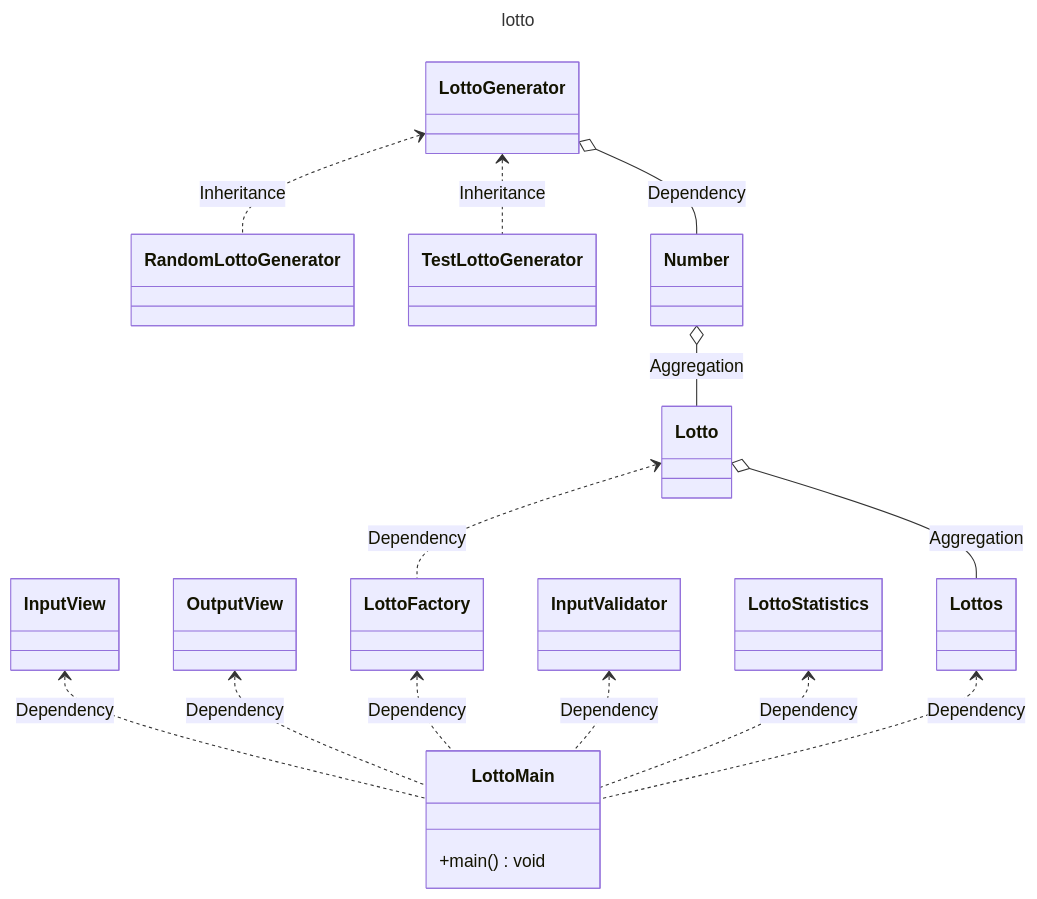
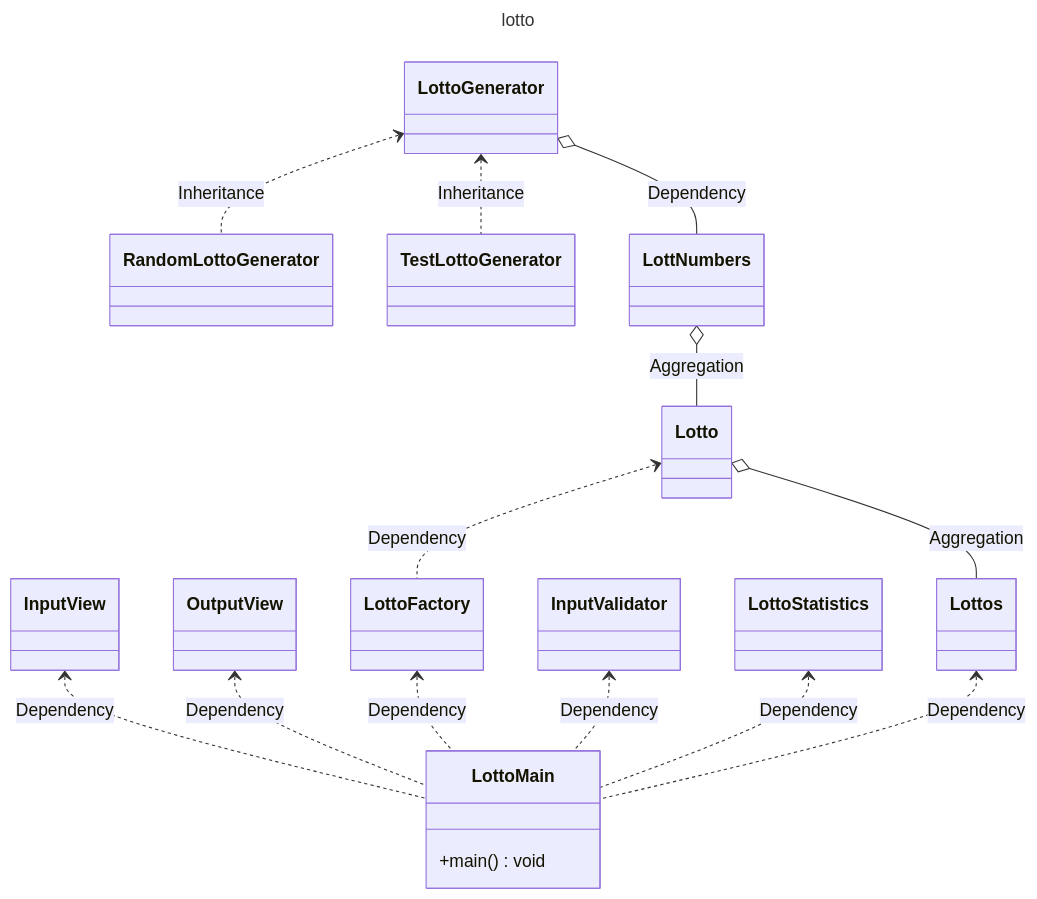
The diagram in README.md (next-step/java-lotto), drawn with Mermaid before and after one commit. The commit also changed other lines of this file and 10 other files, not shown here.

````diff
--- a/README.md
+++ b/README.md
@@ -12,75 +12,75 @@
 ```mermaid
 ---
 title: lotto
 ---
 classDiagram
 %%    Animal <|-- Fish
 %%    Animal <|-- Zebra
 %%    Animal : +int age
 %%    Animal : +String gender
 %%    Animal: +isMammal()
 %%    Animal: +mate()
     InputView <.. LottoMain : Dependency
     OutputView <.. LottoMain : Dependency
     LottoFactory <.. LottoMain : Dependency
     InputValidator <.. LottoMain : Dependency
     Lotto <.. LottoFactory : Dependency
     LottoStatistics <.. LottoMain : Dependency
     LottoGenerator <.. RandomLottoGenerator : Inheritance
     LottoGenerator <.. TestLottoGenerator : Inheritance
     Lottos <.. LottoMain : Dependency
     Lotto o-- Lottos : Aggregation
-    Number o-- Lotto : Aggregation
-    LottoGenerator o-- Number : Dependency
+    LottNumbers o-- Lotto : Aggregation
+    LottoGenerator o-- LottNumbers : Dependency
 
     class Lotto{
     }
         
     class Lottos{
     }
 
-    class Number{
+    class LottNumbers{
     }
 
     class LottoFactory{
     }
 
     class LottoMain {
         +main() void
     }
 
     class InputValidator {
 
     }
 
     class LottoGenerator {
             
     }
 
     class RandomLottoGenerator {
 
     }
         
     class TestLottoGenerator {
 
     }
 
     class LottoStatistics {
         
     }
 
     class InputView {
 
     }
 
     class OutputView {
 
     }
 
     class OutputView {
 %%        -String Name
 %%        -int PosX
 %%        -int PosY
 %%        +Despawn() void
     }
 ```
````
